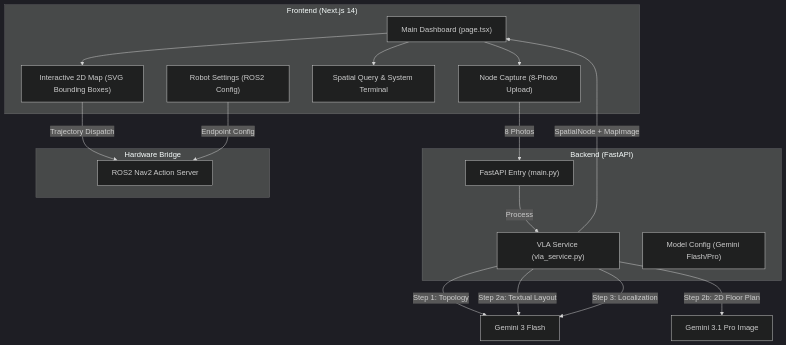
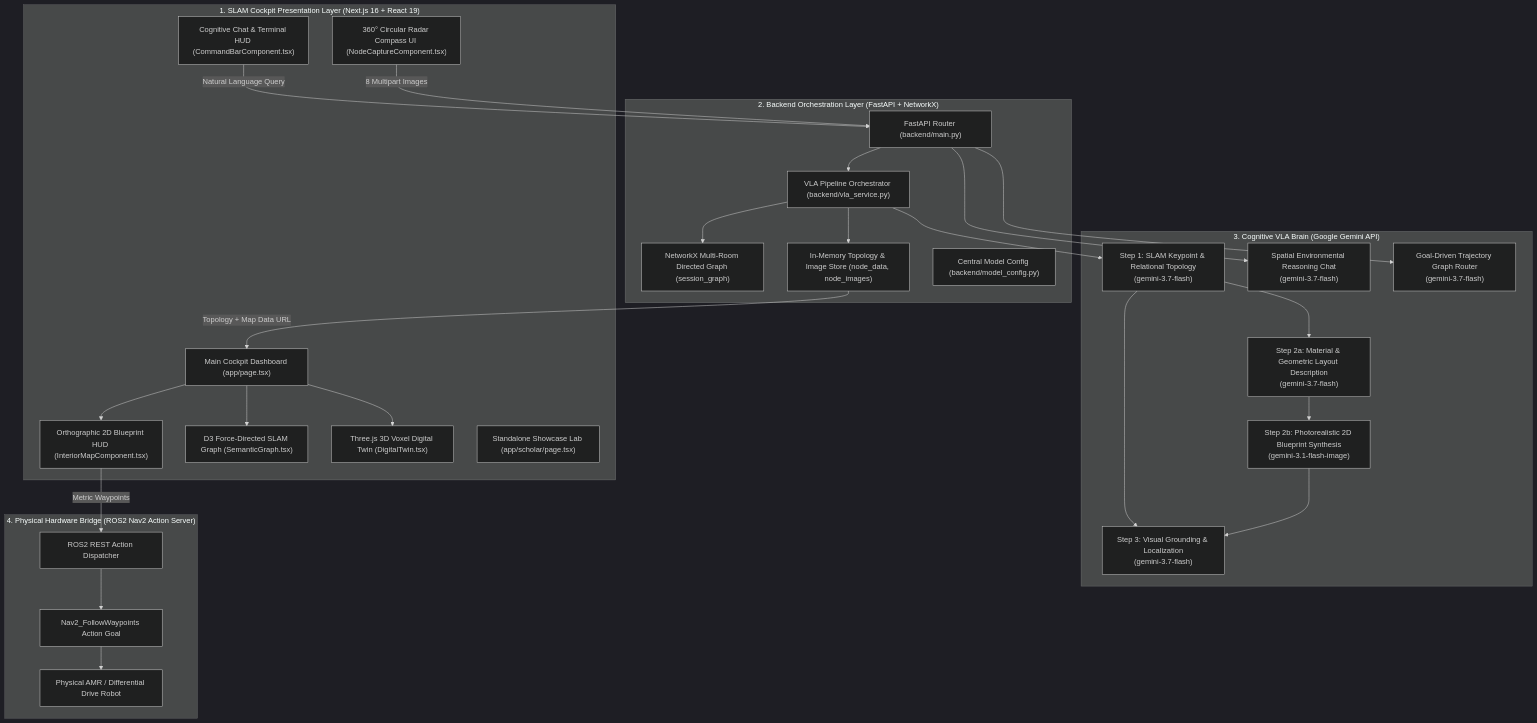
The first of 2 diagrams in ARCHITECTURE.md (mincasurong/GeminiSeoulHackathon2026), drawn with Mermaid (dark theme) before and after one commit. The commit also changed other lines of this file and 1 other file, not shown here.

Commit message:
docs: Comprehensive overhaul of README and ARCHITECTURE with SLAM keypoint formalisms, 4-layer system blueprint, and ROS2 hardware bridge

````diff
--- a/ARCHITECTURE.md
+++ b/ARCHITECTURE.md
@@ -7,36 +25,53 @@
 ```mermaid
 graph TD
-    subgraph "Frontend (Next.js 14)"
-        UI["Main Dashboard (page.tsx)"]
-        CAP["Node Capture (8-Photo Upload)"]
-        MAP["Interactive 2D Map (SVG Bounding Boxes)"]
-        CHAT["Spatial Query & System Terminal"]
-        SET["Robot Settings (ROS2 Config)"]
+    subgraph Layer1["1. SLAM Cockpit Presentation Layer (Next.js 16 + React 19)"]
+        UI_MAIN["Main Cockpit Dashboard (app/page.tsx)"]
+        UI_RADAR["360° Circular Radar Compass UI (NodeCaptureComponent.tsx)"]
+        UI_MAP["Orthographic 2D Blueprint HUD (InteriorMapComponent.tsx)"]
+        UI_GRAPH["D3 Force-Directed SLAM Graph (SemanticGraph.tsx)"]
+        UI_TWIN["Three.js 3D Voxel Digital Twin (DigitalTwin.tsx)"]
+        UI_CHAT["Cognitive Chat & Terminal HUD (CommandBarComponent.tsx)"]
+        UI_SCHOLAR["Standalone Showcase Lab (app/scholar/page.tsx)"]
     end
 
-    subgraph "Backend (FastAPI)"
-        API["FastAPI Entry (main.py)"]
-        VLA["VLA Service (vla_service.py)"]
-        CFG["Model Config (Gemini Flash/Pro)"]
+    subgraph Layer2["2. Backend Orchestration Layer (FastAPI + NetworkX)"]
+        API_ROUTER["FastAPI Router (backend/main.py)"]
+        SESSION_GRAPH["NetworkX Multi-Room Directed Graph (session_graph)"]
+        DATA_STORE["In-Memory Topology & Image Store (node_data, node_images)"]
+        VLA_ORCH["VLA Pipeline Orchestrator (backend/vla_service.py)"]
+        MODELS_CONFIG["Central Model Config (backend/model_config.py)"]
     end
 
-    subgraph "Hardware Bridge"
-        ROS2["ROS2 Nav2 Action Server"]
+    subgraph Layer3["3. Cognitive VLA Brain (Google Gemini API)"]
+        M_TOPO["Step 1: SLAM Keypoint & Relational Topology\n(gemini-3.7-flash)"]
+        M_LAYOUT["Step 2a: Material & Geometric Layout Description\n(gemini-3.7-flash)"]
+        M_IMAGE["Step 2b: Photorealistic 2D Blueprint Synthesis\n(gemini-3.1-flash-image)"]
+        M_LOC["Step 3: Visual Grounding & Localization\n(gemini-3.7-flash)"]
+        M_CHAT["Spatial Environmental Reasoning Chat\n(gemini-3.7-flash)"]
+        M_PLAN["Goal-Driven Trajectory Graph Router\n(gemini-3.7-flash)"]
     end
 
-    %% Interactions
-    UI --> CAP
-    CAP -- "8 Photos" --> API
-    API -- "Process" --> VLA
-    VLA -- "Step 1: Topology" --> GeminiFlash["Gemini 3 Flash"]
-    VLA -- "Step 2a: Textual Layout" --> GeminiFlash
-    VLA -- "Step 2b: 2D Floor Plan" --> GeminiPro["Gemini 3.1 Pro Image"]
-    VLA -- "Step 3: Localization" --> GeminiFlash
+    subgraph Layer4["4. Physical Hardware Bridge (ROS2 Nav2 Action Server)"]
+        ROS2_DISPATCH["ROS2 REST Action Dispatcher"]
+        ROS2_NAV2["Nav2_FollowWaypoints Action Goal"]
+        ROBOT_HW["Physical AMR / Differential Drive Robot"]
+    end
+
+    %% Data Flow Connections
+    UI_RADAR -->|8 Multipart Images| API_ROUTER
+    API_ROUTER --> VLA_ORCH
+    VLA_ORCH --> M_TOPO
+    M_TOPO --> M_LAYOUT
+    M_LAYOUT --> M_IMAGE
+    M_IMAGE & M_TOPO --> M_LOC
     
-    VLA -- "SpatialNode + MapImage" --> UI
-    UI --> MAP
-    UI --> CHAT
+    VLA_ORCH --> SESSION_GRAPH & DATA_STORE
+    DATA_STORE -->|Topology + Map Data URL| UI_MAIN
     
-    MAP -- "Trajectory Dispatch" --> ROS2
-    SET -- "Endpoint Config" --> ROS2
+    UI_MAIN --> UI_MAP & UI_GRAPH & UI_TWIN
+    UI_CHAT -->|Natural Language Query| API_ROUTER
+    API_ROUTER --> M_CHAT & M_PLAN
+    
+    UI_MAP -->|Metric Waypoints| ROS2_DISPATCH
+    ROS2_DISPATCH --> ROS2_NAV2 --> ROBOT_HW
 ```
````
